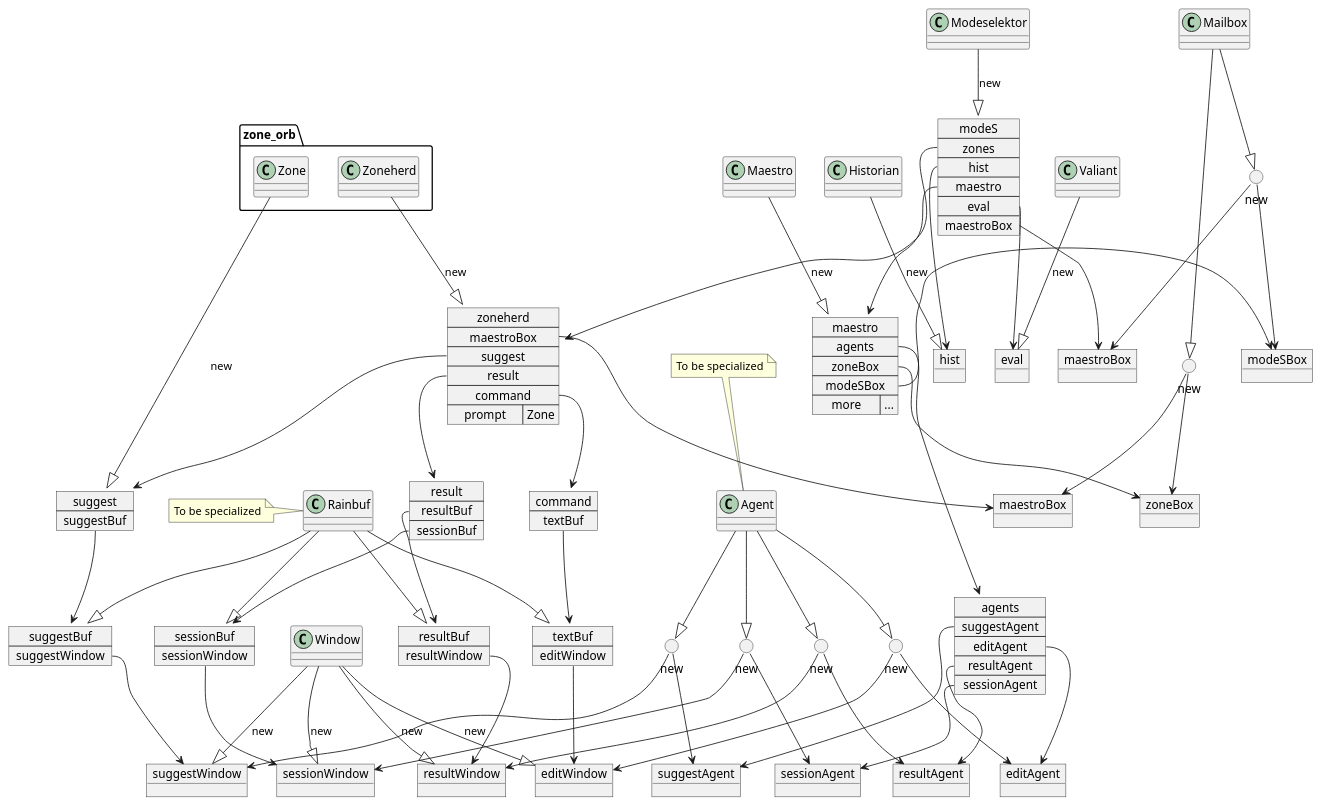
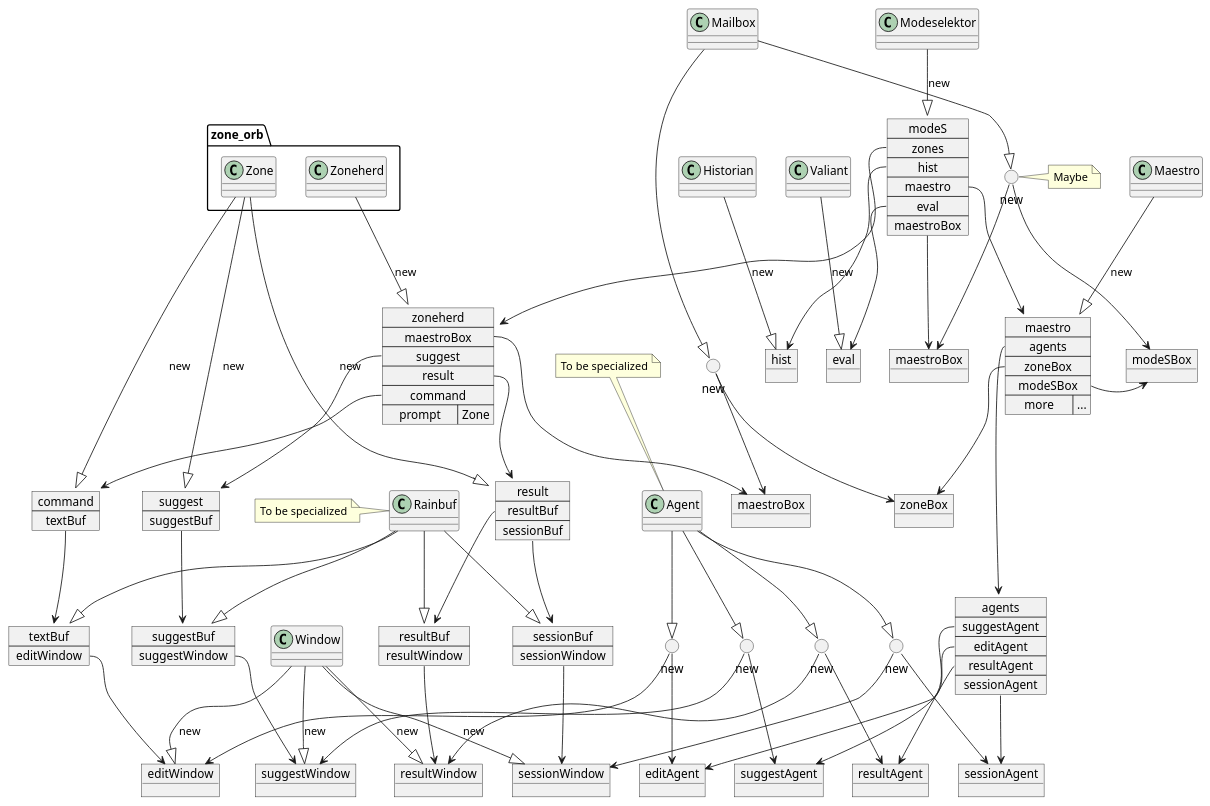
Before and after one commit to orb-lang/helm: the diagram in orb/design/helm.plantuml, drawn with PlantUML. The commit also changed 1 other file, not shown here.

```diff
--- a/orb/design/helm.plantuml
+++ b/orb/design/helm.plantuml
@@ -2,149 +2,152 @@
 @startuml
 class Modeselektor
 class Historian
 package zone_orb <<Folder>> {
    class Zoneherd
    class Zone
 }
 class Valiant
 class Maestro
 class Agent
 note top: To be specialized
 class Window
 class Mailbox
 
 class Rainbuf
 note left: To be specialized
 
 
 object hist
 
 object eval
 
 
 object suggestWindow
 object editWindow
 object resultWindow
 object sessionWindow
 
 map suggestBuf {
    suggestWindow *--> suggestWindow
 }
 
 map textBuf {
    editWindow *--> editWindow
 }
 
 map resultBuf {
    resultWindow *--> resultWindow
 }
 
 map sessionBuf {
    sessionWindow *--> sessionWindow
 }
 
 map suggest {
    suggestBuf *--> suggestBuf
 }
 
 
 map result {
    resultBuf *--> resultBuf
    sessionBuf *--> sessionBuf
 }
 
 map command {
    textBuf *--> textBuf
 }
 
 object zoneBox
 object maestroBox
 object "maestroBox" as modeS_maestroBox
 object modeSBox
 
 map zoneherd {
     maestroBox *--> maestroBox
     suggest *--> suggest
     result  *--> result
     command *--> command
     prompt   => Zone
 }
 
 object suggestAgent
 object editAgent
 object resultAgent
 object sessionAgent
 
 map agents {
    suggestAgent *--> suggestAgent
    editAgent *--> editAgent
    resultAgent *--> resultAgent
    sessionAgent *--> sessionAgent
 }
 
 map maestro {
    agents *--> agents
    zoneBox *--> zoneBox
    modeSBox *-> modeSBox
    more => ...
 }
 
 map modeS {
    zones *--> zoneherd
    hist  *--> hist
    maestro *--> maestro
    eval    *--> eval
    maestroBox *-> modeS_maestroBox
 }
 
 circle "new" as newSuggestAgent
 circle "new" as newEditAgent
 circle "new" as newResultAgent
 circle "new" as newSessionAgent
 
 circle "new" as newZoneMailbox
 circle "new" as newModeSMailbox
+note right: Maybe
 
 Modeselektor --|> modeS : new
 Zoneherd --|> zoneherd : new
 Zone --|> suggest : new
+Zone --|> command : new
+Zone --|> result  : new
 Historian --|> hist : new
 Valiant --|> eval : new
 Maestro --|> maestro : new
 
 Agent --|> newSuggestAgent
 Agent --|> newEditAgent
 Agent --|> newResultAgent
 Agent --|> newSessionAgent
 Window --|> suggestWindow : new
 Window --|> editWindow : new
 Window --|> resultWindow : new
 Window --|> sessionWindow : new
 newSuggestAgent --> suggestAgent
 newSuggestAgent --> suggestWindow
 newEditAgent --> editAgent
 newEditAgent --> editWindow
 newResultAgent --> resultAgent
 newResultAgent --> resultWindow
 newSessionAgent --> sessionAgent
 newSessionAgent --> sessionWindow
 
 Rainbuf --|> suggestBuf
 Rainbuf --|> resultBuf
 Rainbuf --|> textBuf
 Rainbuf --|> sessionBuf
 
 Mailbox --|> newZoneMailbox
 newZoneMailbox --> zoneBox
 newZoneMailbox --> maestroBox
 Mailbox --|> newModeSMailbox
 newModeSMailbox --> modeSBox
 newModeSMailbox --> modeS_maestroBox
 
 
 
 
 
 
 
 @enduml
```
